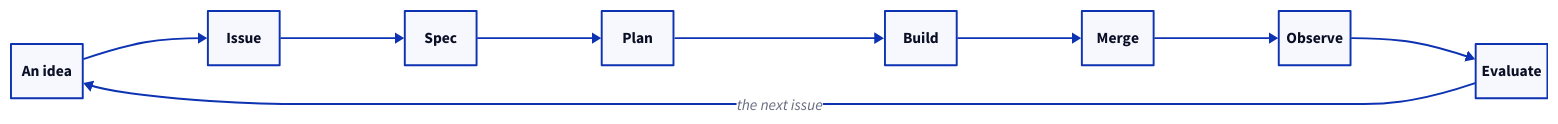
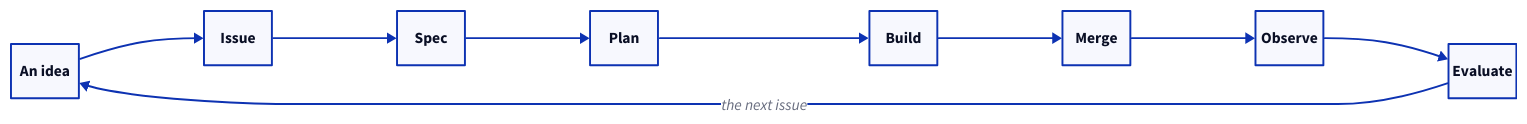
Before and after one commit to mesagroup/ai-agent-development-handbook: the diagram in docs/engineering/README.md, drawn with D2. The commit also changed 2 other files, not shown here.

First paragraph of the commit message:
fix(lidia-tech/lidia-agents#537): size connection labels, and stop short arrows collapsing
Two related defects found in review.

````diff
--- a/docs/engineering/README.md
+++ b/docs/engineering/README.md
@@ -23,16 +23,16 @@
 ```d2 title="The story of a change; the marked steps are its human gates"
 direction: right
 *.class: step
-**.width: 74
+**.width: 70
 **.height: 56
 idea: An idea
 issue: Issue
 spec: Spec {class: human}
 plan: Plan
 build: Build
 merge: Merge {class: human}
 run: Observe
 decide: Evaluate
 idea -> issue -> spec -> plan -> build -> merge -> run -> decide
 decide -> idea: the next issue
 ```
````
